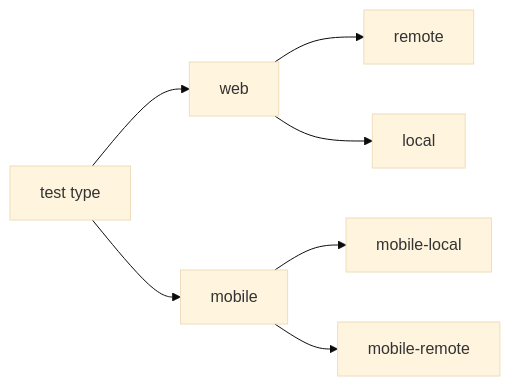
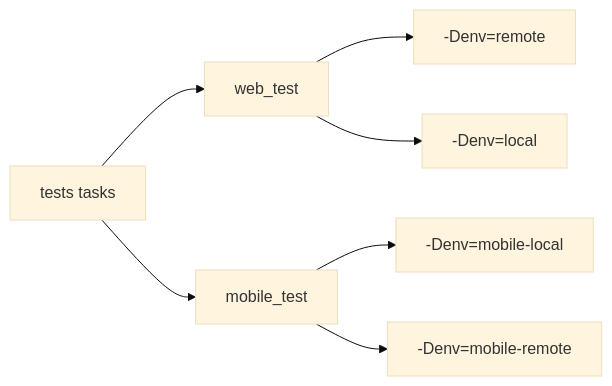
The diagram in README.md (gloomyana/demo_webinar_tests), drawn with Mermaid (base theme) before and after one commit. The commit also changed other lines of this file, not shown here.

````diff
--- a/README.md
+++ b/README.md
@@ -82,9 +78,9 @@
 ```mermaid
 graph LR
-A[test type] --> B[web]
-A --> C[mobile]
-B --> D[remote]
-B --> E[local]
-C --> F[mobile-local]
-C --> G[mobile-remote]
+A[tests tasks] --> B[web_test]
+A --> C[mobile_test]
+B --> D[-Denv=remote]
+B --> E[-Denv=local]
+C --> F[-Denv=mobile-local]
+C --> G[-Denv=mobile-remote]
 ```
````
